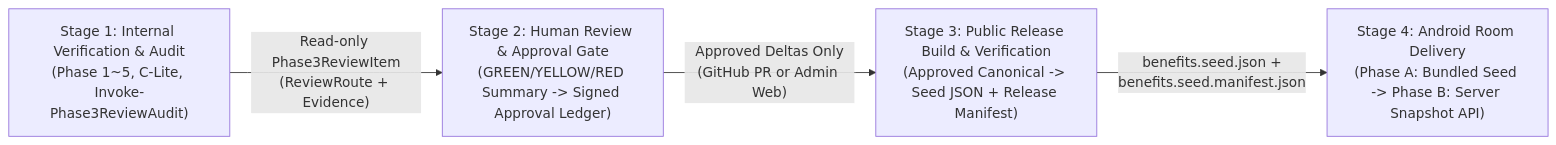
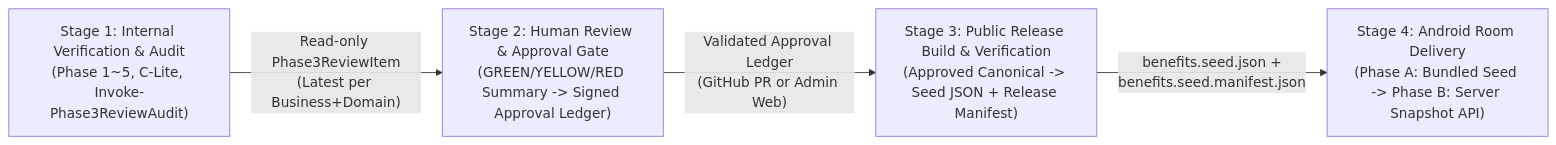
One commit to jelleoo/MILIMAP changed the diagram in docs/superpowers/specs/2026-11-19-approval-to-public-release-data-flow-design.md. Above: the diagram before and after it, drawn with Mermaid. The commit also changed other lines of this file, not shown here.

Commit message:
docs(design): refine approval-to-public-release flow spec to v0.2 (#151)

````diff
--- a/docs/superpowers/specs/2026-11-19-approval-to-public-release-data-flow-design.md
+++ b/docs/superpowers/specs/2026-11-19-approval-to-public-release-data-flow-design.md
@@ -63,11 +64,11 @@
 ```mermaid
 flowchart LR
     S1["Stage 1: Internal Verification & Audit\n(Phase 1~5, C-Lite, Invoke-Phase3ReviewAudit)"]
     S2["Stage 2: Human Review & Approval Gate\n(GREEN/YELLOW/RED Summary -> Signed Approval Ledger)"]
     S3["Stage 3: Public Release Build & Verification\n(Approved Canonical -> Seed JSON + Release Manifest)"]
     S4["Stage 4: Android Room Delivery\n(Phase A: Bundled Seed -> Phase B: Server Snapshot API)"]
 
-    S1 -->|"Read-only Phase3ReviewItem\n(ReviewRoute + Evidence)"| S2
-    S2 -->|"Approved Deltas Only\n(GitHub PR or Admin Web)"| S3
+    S1 -->|"Read-only Phase3ReviewItem\n(Latest per Business+Domain)"| S2
+    S2 -->|"Validated Approval Ledger\n(GitHub PR or Admin Web)"| S3
     S3 -->|"benefits.seed.json +\nbenefits.seed.manifest.json"| S4
 ```
````
